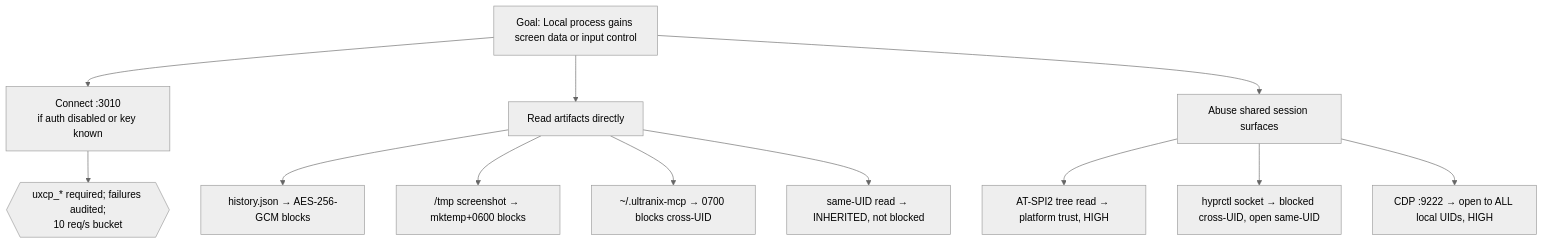
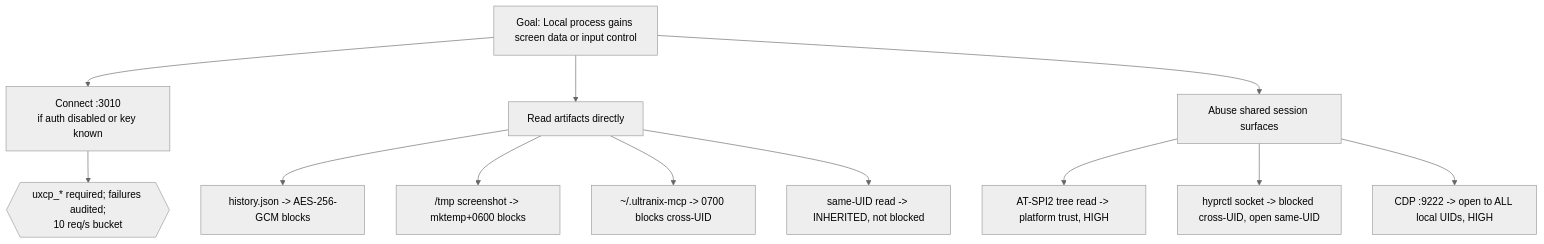
One commit to jxoesneon/ultranix-mcp changed the second of 3 diagrams in docs/THREAT_MODEL.md. Above: the diagram before and after it, drawn with Mermaid (neutral theme). The commit also changed other lines of this file and 111 other files, not shown here.

````diff
--- a/docs/THREAT_MODEL.md
+++ b/docs/THREAT_MODEL.md
@@ -635,14 +613,14 @@
 ```mermaid
 graph TD
     A[Goal: Local process gains screen data or input control] --> B1["Connect :3010<br>if auth disabled or key known"]
     A --> B2["Read artifacts directly"]
     A --> B3["Abuse shared session surfaces"]
     B1 --> C1{{"uxcp_* required; failures audited;<br>10 req/s bucket"}}
-    B2 --> B2a["history.json → AES-256-GCM blocks"]
-    B2 --> B2b["/tmp screenshot → mktemp+0600 blocks"]
-    B2 --> B2c["~/.ultranix-mcp → 0700 blocks cross-UID"]
-    B2 --> B2d["same-UID read → INHERITED, not blocked"]
-    B3 --> B3a["AT-SPI2 tree read → platform trust, HIGH"]
-    B3 --> B3b["hyprctl socket → blocked cross-UID, open same-UID"]
-    B3 --> B3c["CDP :9222 → open to ALL local UIDs, HIGH"]
+    B2 --> B2a["history.json -> AES-256-GCM blocks"]
+    B2 --> B2b["/tmp screenshot -> mktemp+0600 blocks"]
+    B2 --> B2c["~/.ultranix-mcp -> 0700 blocks cross-UID"]
+    B2 --> B2d["same-UID read -> INHERITED, not blocked"]
+    B3 --> B3a["AT-SPI2 tree read -> platform trust, HIGH"]
+    B3 --> B3b["hyprctl socket -> blocked cross-UID, open same-UID"]
+    B3 --> B3c["CDP :9222 -> open to ALL local UIDs, HIGH"]
 ```
````
